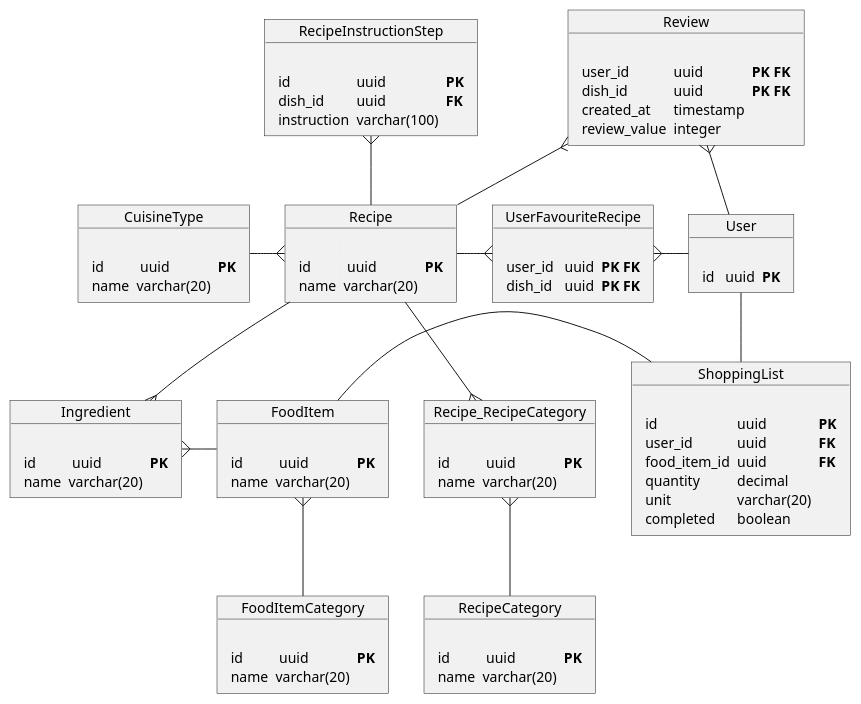
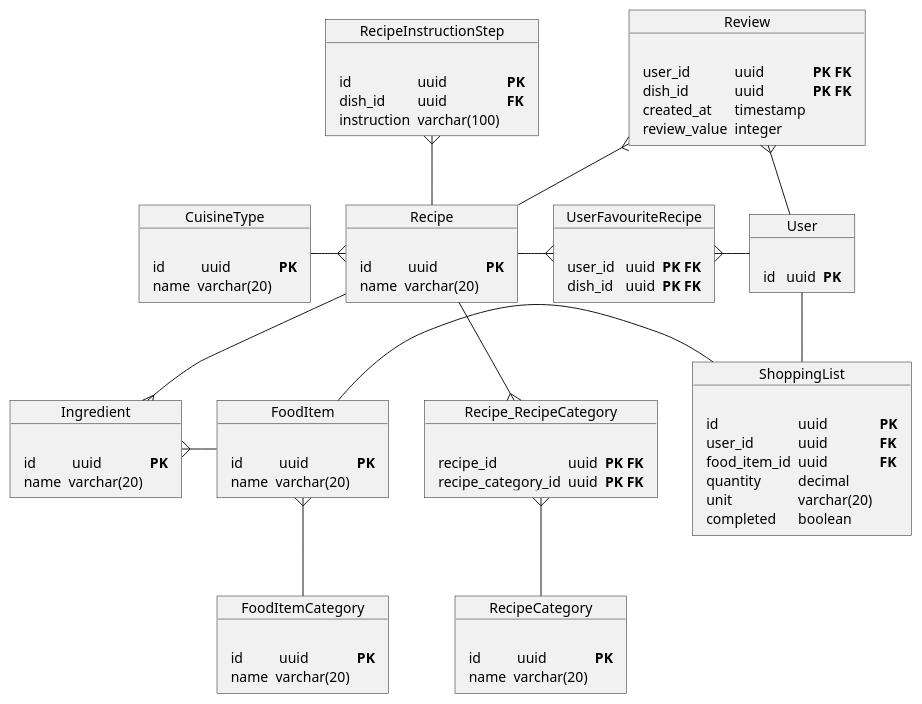
One commit to oskarski/inzynierka changed the diagram in docs/db-schema.puml. Above: the diagram before and after it, drawn with PlantUML.

Commit message:
fixed `Recipe_RecipeCategory` foreign keys definition

```diff
--- a/docs/db-schema.puml
+++ b/docs/db-schema.puml
@@ -1,93 +1,93 @@
 @startuml
 object Recipe {
     <#F1F1F1,#F1F1F1>|= |= |= |
     | id |  uuid | **PK** |
     | name | varchar(20) |
 }
 
 object RecipeInstructionStep {
     <#F1F1F1,#F1F1F1>|= |= |= |
     | id | uuid | **PK** |
     | dish_id | uuid | **FK** |
     | instruction | varchar(100) |
 }
 
 object Ingredient {
   <#F1F1F1,#F1F1F1>|= |= |= |
     | id |  uuid | **PK** |
     | name | varchar(20) |
 }
 
 object FoodItem {
   <#F1F1F1,#F1F1F1>|= |= |= |
     | id |  uuid | **PK** |
     | name | varchar(20) |
 }
 
 object FoodItemCategory {
   <#F1F1F1,#F1F1F1>|= |= |= |
     | id |  uuid | **PK** |
     | name | varchar(20) |
 }
 
 object CuisineType {
     <#F1F1F1,#F1F1F1>|= |= |= |
     | id |  uuid | **PK** |
     | name | varchar(20) |
 }
 
 object RecipeCategory {
     <#F1F1F1,#F1F1F1>|= |= |= |
     | id |  uuid | **PK** |
     | name | varchar(20) |
 }
 
 object Recipe_RecipeCategory {
     <#F1F1F1,#F1F1F1>|= |= |= |
-    | id |  uuid | **PK** |
-    | name | varchar(20) |
+    | recipe_id | uuid | **PK FK** |
+    | recipe_category_id | uuid | **PK FK** |
 }
 
 object User {
     <#F1F1F1,#F1F1F1>|= |= |= |
     | id |  uuid | **PK** |
 }
 
 object UserFavouriteRecipe {
     <#F1F1F1,#F1F1F1>|= |= |= |
     | user_id |  uuid | **PK FK** |
     | dish_id |  uuid | **PK FK** |
 }
 
 object Review {
     <#F1F1F1,#F1F1F1>|= |= |= |
     | user_id | uuid | **PK FK** |
     | dish_id | uuid | **PK FK** |
     | created_at | timestamp | |
     | review_value | integer | |
 }
 
 object ShoppingList {
     <#F1F1F1,#F1F1F1>|= |= |= |
     | id | uuid | **PK** |
     | user_id | uuid | **FK** |
     | food_item_id | uuid | **FK** |
     | quantity | decimal | |
     | unit | varchar(20) | |
     | completed | boolean | |
 }
 
 Recipe -down-{ Ingredient
 RecipeInstructionStep }-- Recipe
 Ingredient }-right- FoodItem
 FoodItem }-- FoodItemCategory
 Recipe }-left- CuisineType
 Recipe --{ Recipe_RecipeCategory
 Recipe_RecipeCategory }-- RecipeCategory
 Recipe -right-{ UserFavouriteRecipe
 UserFavouriteRecipe }-right- User
 Recipe -up-{ Review
 Review }-down- User
 User -- ShoppingList
 ShoppingList -left- FoodItem
 @enduml
```
